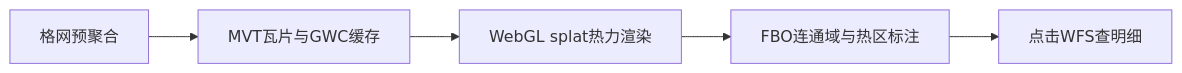
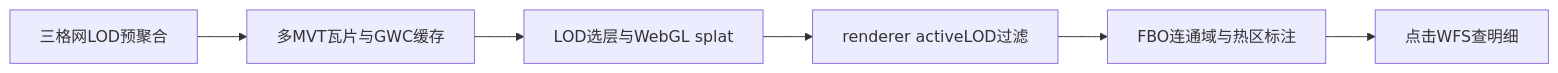
The first of 6 diagrams in Blog/mvt-webgl_heatmap-ccl/百万级点数据：MVT + WebGL 热力渲染与 FBO 连通域热区工单统计.md (zheyi420/Dev-Wiki), drawn with Mermaid before and after one commit. The commit also changed other lines of this file and 1 other file, not shown here.

````diff
--- a/Blog/mvt-webgl_heatmap-ccl/百万级点数据：MVT + WebGL 热力渲染与 FBO 连通域热区工单统计.md
+++ b/Blog/mvt-webgl_heatmap-ccl/百万级点数据：MVT + WebGL 热力渲染与 FBO 连通域热区工单统计.md
@@ -48,9 +48,10 @@
 ```mermaid
 flowchart LR
-  preAgg[格网预聚合]
-  tileCache[MVT瓦片与GWC缓存]
-  gpuRender[WebGL splat热力渲染]
+  preAgg[三格网LOD预聚合]
+  tileCache[多MVT瓦片与GWC缓存]
+  gpuRender[LOD选层与WebGL splat]
+  lodComposite[renderer activeLOD过滤]
   cclLabel[FBO连通域与热区标注]
   drillDown[点击WFS查明细]
-  preAgg --> tileCache --> gpuRender --> cclLabel --> drillDown
+  preAgg --> tileCache --> gpuRender --> lodComposite --> cclLabel --> drillDown
 ```
````
